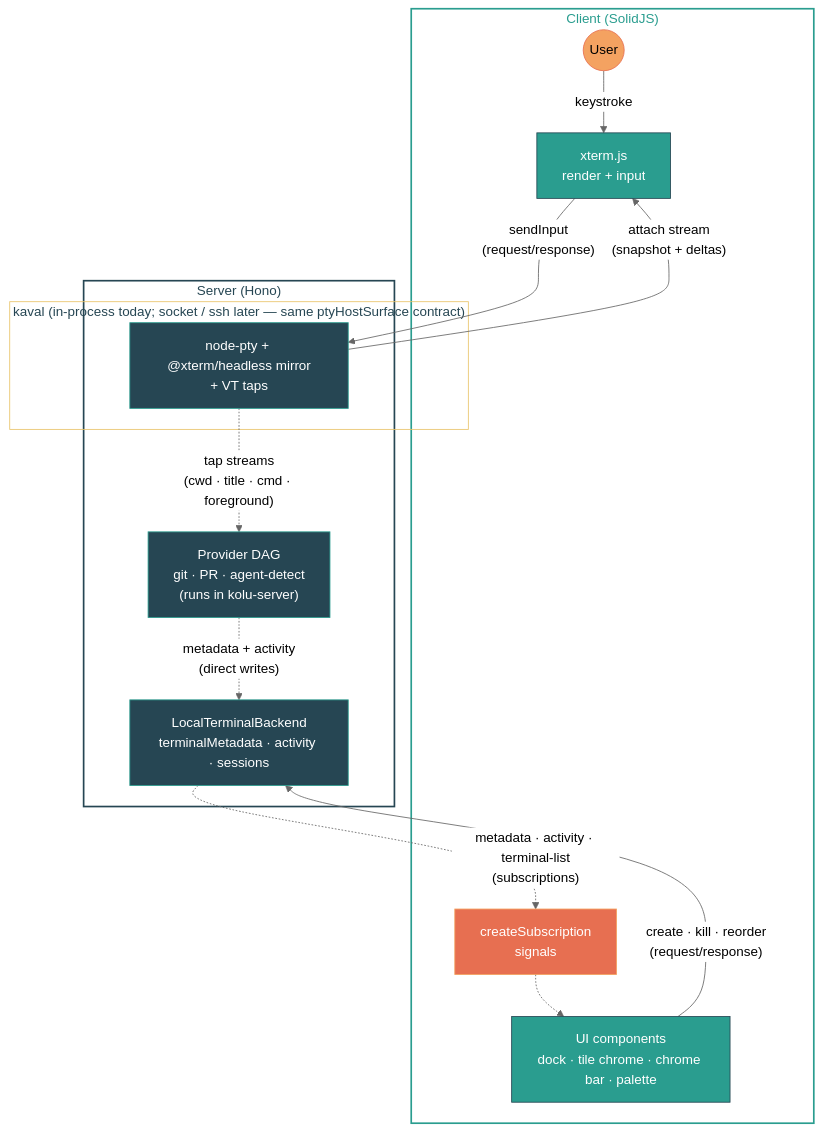
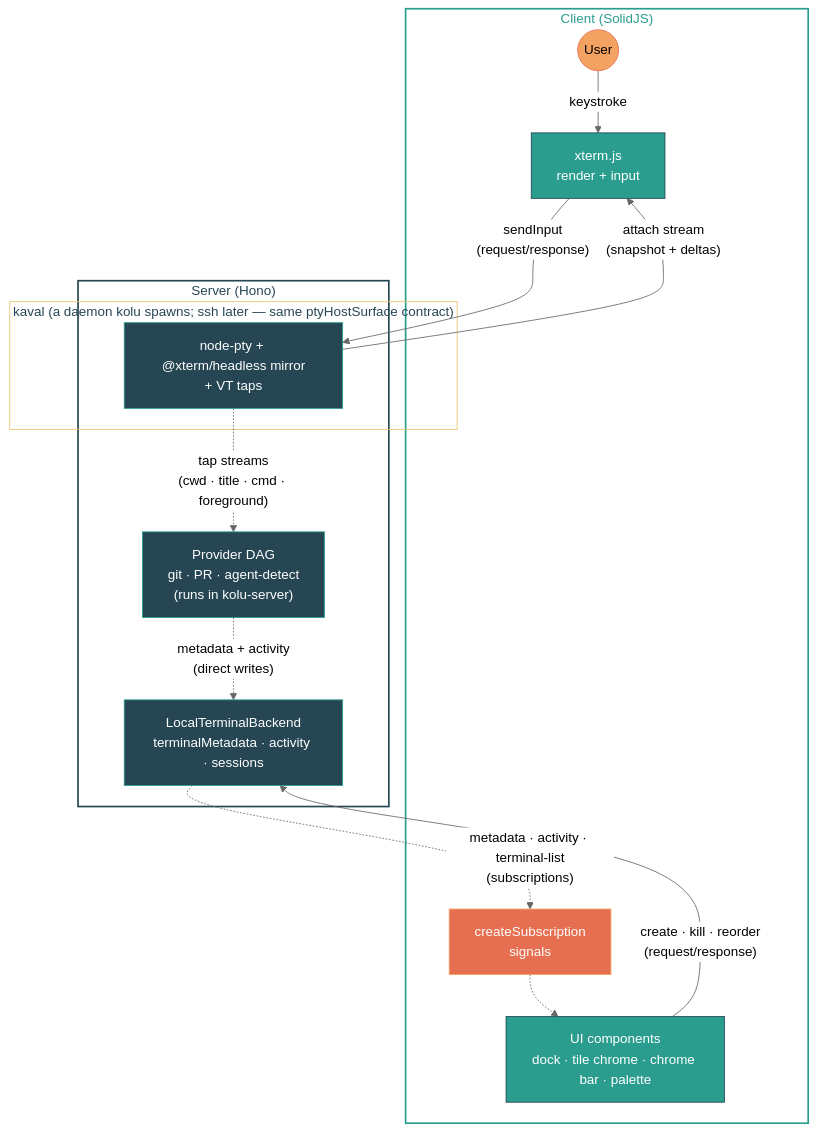
Before and after one commit to juspay/kolu: the diagram in README.md, drawn with Mermaid (neutral theme). The commit also changed other lines of this file and 34 other files, not shown here.

````diff
--- a/README.md
+++ b/README.md
@@ -251,40 +252,40 @@
 ```mermaid
 flowchart TB
   subgraph Client["Client (SolidJS)"]
     User((User)):::user
     Xterm["xterm.js\nrender + input"]:::client
     Subs["createSubscription\nsignals"]:::cache
     UI["UI components\ndock · tile chrome · chrome bar · palette"]:::client
   end
 
   subgraph Server["Server (Hono)"]
-    subgraph PtyHost["kaval (in-process today; socket / ssh later — same ptyHostSurface contract)"]
+    subgraph PtyHost["kaval (a daemon kolu spawns; ssh later — same ptyHostSurface contract)"]
       Host["node-pty + @xterm/headless mirror\n+ VT taps"]:::server
     end
     Providers["Provider DAG\ngit · PR · agent-detect\n(runs in kolu-server)"]:::server
     Backend["LocalTerminalBackend\nterminalMetadata · activity · sessions"]:::server
   end
 
   %% Terminal I/O loop (through the ptyHostSurface contract)
   User -->|"keystroke"| Xterm
   Xterm -->|"sendInput\n(request/response)"| Host
   Host -->|"attach stream\n(snapshot + deltas)"| Xterm
 
   %% Metadata loop
   Host -.->|"tap streams\n(cwd · title · cmd · foreground)"| Providers
   Providers -.->|"metadata + activity\n(direct writes)"| Backend
   Backend -.->|"metadata · activity · terminal-list\n(subscriptions)"| Subs
   Subs -.-> UI
 
   %% User actions
   UI -->|"create · kill · reorder\n(request/response)"| Backend
 
   classDef user fill:#f4a261,stroke:#e76f51,color:#000
   classDef client fill:#2a9d8f,stroke:#264653,color:#fff
   classDef cache fill:#e76f51,stroke:#f4a261,color:#fff
   classDef server fill:#264653,stroke:#2a9d8f,color:#fff
 
   style Client fill:none,stroke:#2a9d8f,stroke-width:2px,color:#2a9d8f
   style Server fill:none,stroke:#264653,stroke-width:2px,color:#264653
   style PtyHost fill:none,stroke:#e9c46a,stroke-width:1px,color:#264653
 ```
````
